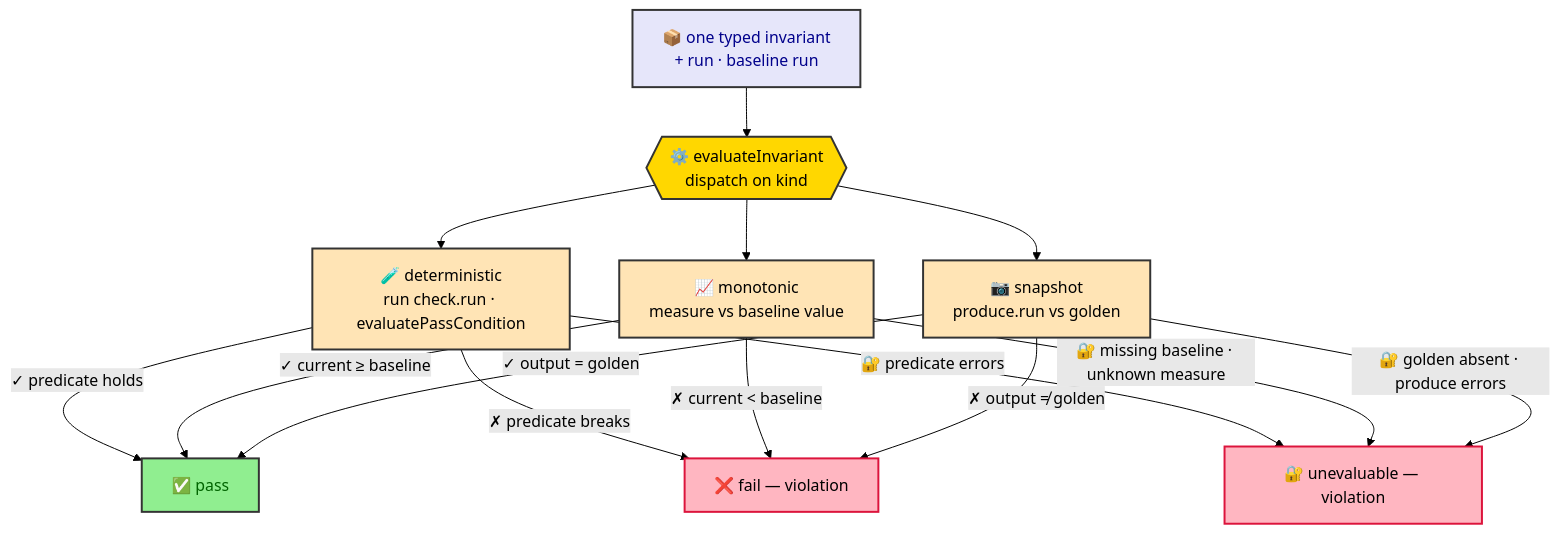
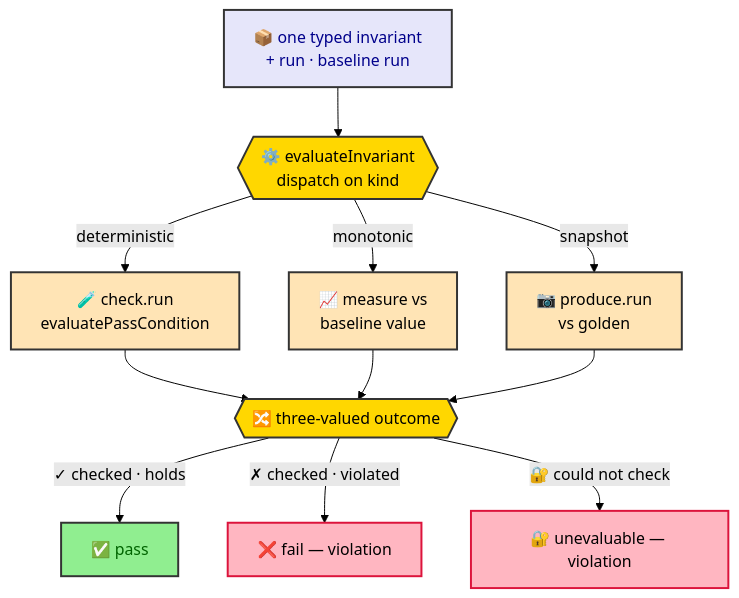
Before and after one commit to joctaTorres/ratchet: the second of 3 diagrams in docs/eval-invariants.md, drawn with Mermaid (forest theme). The commit also changed other lines of this file and 2 other files, not shown here.

First line of the commit message:
docs(eval): address PR review — clearer overviews, keywords, and diagram layout

````diff
--- a/docs/eval-invariants.md
+++ b/docs/eval-invariants.md
@@ -57,37 +81,32 @@
 ```mermaid
 flowchart TD
     INV[📦 one typed invariant<br/>+ run · baseline run]
     EVAL{{⚙️ evaluateInvariant<br/>dispatch on kind}}
-    DET[🧪 deterministic<br/>run check.run · evaluatePassCondition]
-    MON[📈 monotonic<br/>measure vs baseline value]
-    SNAP[📷 snapshot<br/>produce.run vs golden]
 
     INV --> EVAL
-    EVAL --> DET
-    EVAL --> MON
-    EVAL --> SNAP
 
-    DET -->|✓ predicate holds| PASS[✅ pass]
-    MON -->|✓ current ≥ baseline| PASS
-    SNAP -->|✓ output = golden| PASS
+    EVAL -->|deterministic| DET[🧪 check.run<br/>evaluatePassCondition]
+    EVAL -->|monotonic| MON[📈 measure vs<br/>baseline value]
+    EVAL -->|snapshot| SNAP[📷 produce.run<br/>vs golden]
 
-    DET -->|✗ predicate breaks| FAILV[❌ fail — violation]
-    MON -->|✗ current &lt; baseline| FAILV
-    SNAP -->|✗ output ≠ golden| FAILV
+    DET --> OUTCOME
+    MON --> OUTCOME
+    SNAP --> OUTCOME
 
-    DET -->|🔐 predicate errors| UNEV[🔐 unevaluable — violation]
-    MON -->|🔐 missing baseline · unknown measure| UNEV
-    SNAP -->|🔐 golden absent · produce errors| UNEV
+    OUTCOME{{🔀 three-valued outcome}}
+    OUTCOME -->|✓ checked · holds| PASS[✅ pass]
+    OUTCOME -->|✗ checked · violated| FAILV[❌ fail — violation]
+    OUTCOME -->|🔐 could not check| UNEV[🔐 unevaluable — violation]
 
     classDef source   fill:#E6E6FA,stroke:#333,stroke-width:2px,color:darkblue
     classDef core     fill:#FFD700,stroke:#333,stroke-width:2px,color:black
     classDef kind     fill:#FFE4B5,stroke:#333,stroke-width:2px,color:black
     classDef ok       fill:#90EE90,stroke:#333,stroke-width:2px,color:darkgreen
     classDef err      fill:#FFB6C1,stroke:#DC143C,stroke-width:2px,color:black
 
     class INV source
-    class EVAL core
+    class EVAL,OUTCOME core
     class DET,MON,SNAP kind
     class PASS ok
     class FAILV,UNEV err
 ```
````
